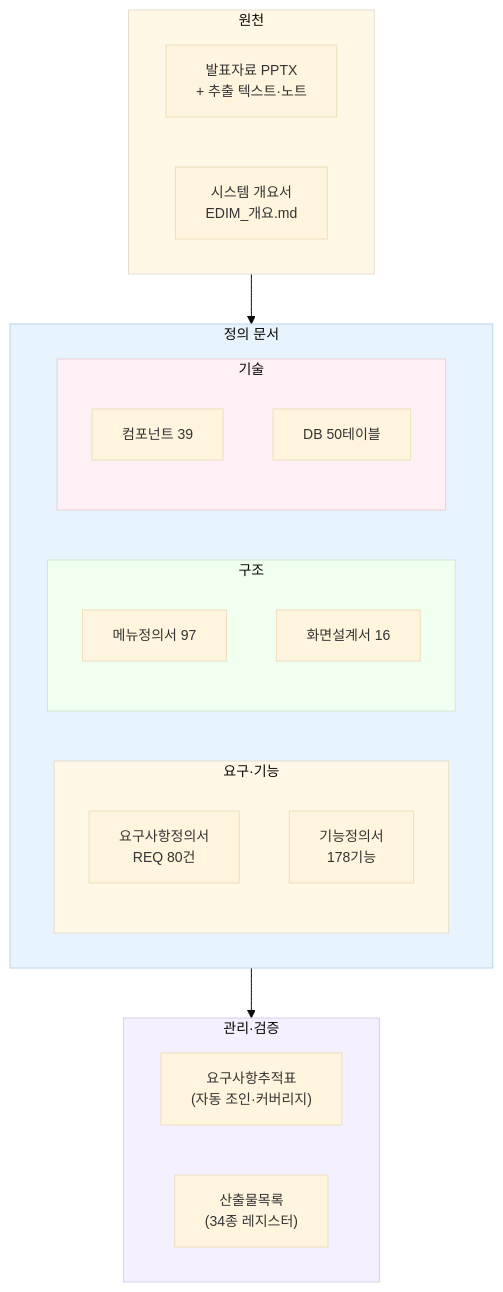
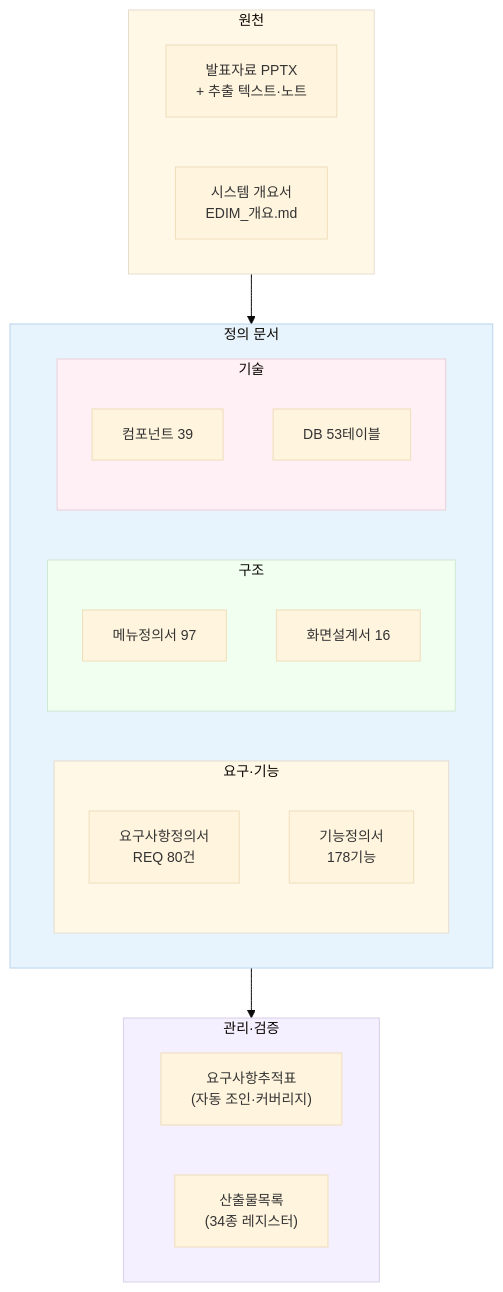
Before and after one commit to fankh/external-projects: the diagram in edim-ai-blueprint/docs/README.md, drawn with Mermaid. The commit also changed other lines of this file and 13 other files, not shown here.

````diff
--- a/edim-ai-blueprint/docs/README.md
+++ b/edim-ai-blueprint/docs/README.md
@@ -19,44 +19,44 @@
 ```mermaid
 %%{init: {'theme': 'base', 'themeVariables': { 'fontSize': '14px' }, 'flowchart': { 'useMaxWidth': true }}}%%
 flowchart TB
     subgraph SRC["원천"]
         direction LR
         PPT["발표자료 PPTX<br/>+ 추출 텍스트·노트"]
         OV["시스템 개요서<br/>EDIM_개요.md"]
     end
 
     subgraph DEF["정의 문서"]
         direction LR
         subgraph DEF1["요구·기능"]
             direction TB
             REQ["요구사항정의서<br/>REQ 80건"]
             FEAT["기능정의서<br/>178기능"]
         end
         subgraph DEF2["구조"]
             direction TB
             MENU["메뉴정의서 97"]
             SCR["화면설계서 16"]
         end
         subgraph DEF3["기술"]
             direction TB
             COMP["컴포넌트 39"]
-            DB["DB 50테이블"]
+            DB["DB 53테이블"]
         end
     end
 
     subgraph CTRL["관리·검증"]
         direction LR
         RTM["요구사항추적표<br/>(자동 조인·커버리지)"]
         REG["산출물목록<br/>(34종 레지스터)"]
     end
 
     SRC --> DEF
     DEF --> CTRL
 
     style SRC fill:#FFF8E7,stroke:#E6DDD0,stroke-width:1px
     style DEF fill:#E8F4FD,stroke:#B8D4ED,stroke-width:1px
     style DEF1 fill:#FFF8E7,stroke:#E6DDD0,stroke-width:1px
     style DEF2 fill:#F0FFF0,stroke:#D0E8D0,stroke-width:1px
     style DEF3 fill:#FFF0F5,stroke:#E8D0D8,stroke-width:1px
     style CTRL fill:#F5F0FF,stroke:#D8D0E8,stroke-width:1px
 ```
````
